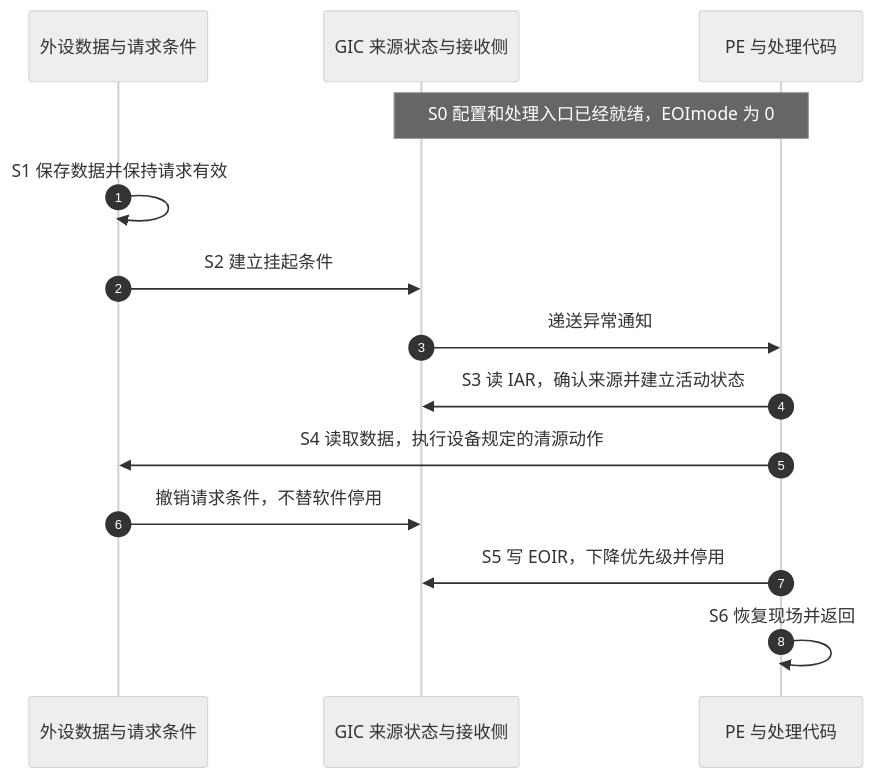
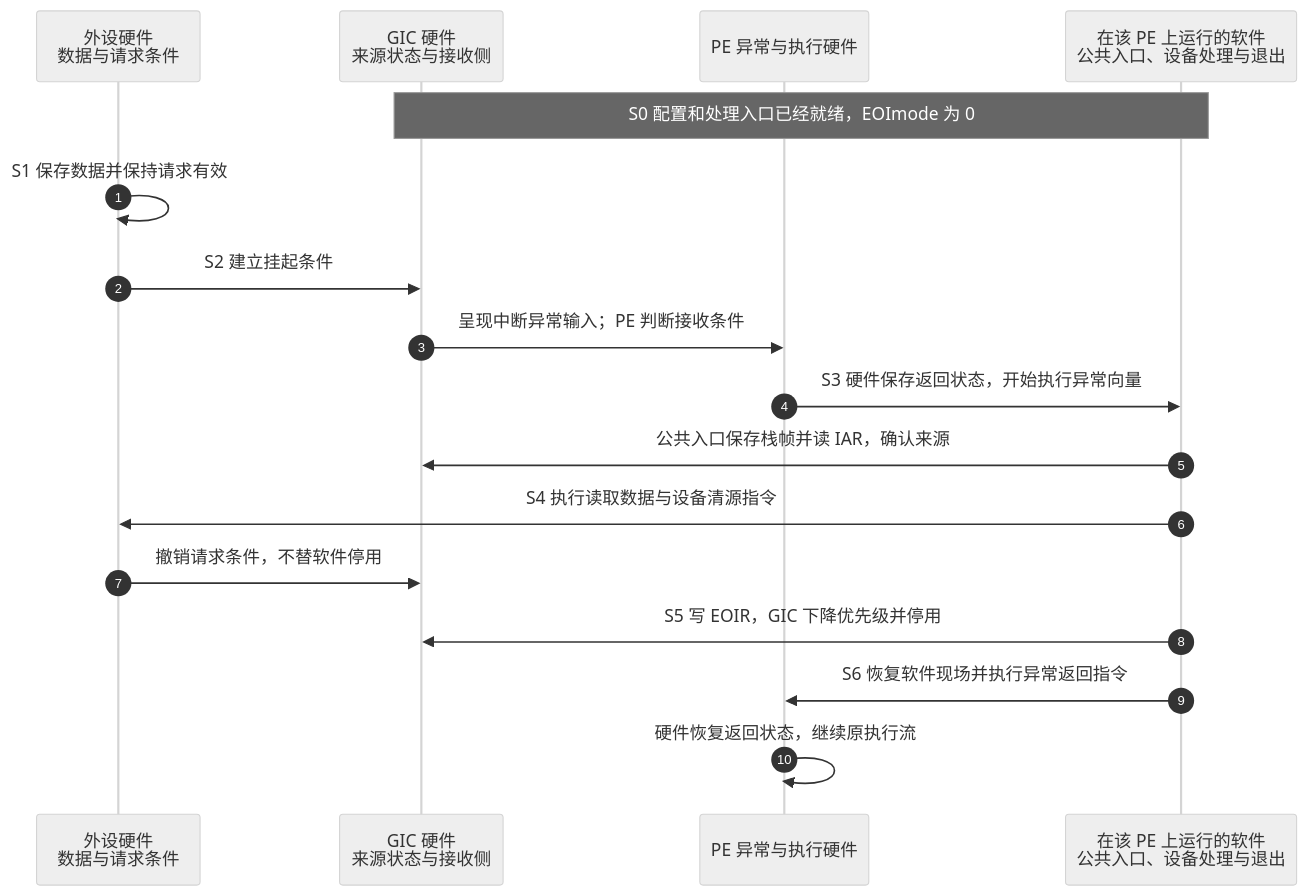
The first of 4 diagrams in platforms/arm/architecture/gic/P04_一次中断的状态转换与完成协议.md (FormingSystem/linux_note), drawn with Mermaid (neutral theme) before and after one commit. The commit also changed other lines of this file and 36 other files, not shown here.

````diff
--- a/platforms/arm/architecture/gic/P04_一次中断的状态转换与完成协议.md
+++ b/platforms/arm/architecture/gic/P04_一次中断的状态转换与完成协议.md
@@ -102,16 +121,19 @@
 ```mermaid
 sequenceDiagram
     autonumber
-    participant device as 外设数据与请求条件
-    participant gic as GIC 来源状态与接收侧
-    participant pe as PE 与处理代码
-    Note over gic,pe: S0 配置和处理入口已经就绪，EOImode 为 0
+    participant device as 外设硬件<br/>数据与请求条件
+    participant gic as GIC 硬件<br/>来源状态与接收侧
+    participant pe as PE 异常与执行硬件
+    participant handler as 在该 PE 上运行的软件<br/>公共入口、设备处理与退出
+    Note over gic,handler: S0 配置和处理入口已经就绪，EOImode 为 0
     device->>device: S1 保存数据并保持请求有效
     device->>gic: S2 建立挂起条件
-    gic->>pe: 递送异常通知
-    pe->>gic: S3 读 IAR，确认来源并建立活动状态
-    pe->>device: S4 读取数据，执行设备规定的清源动作
+    gic->>pe: 呈现中断异常输入；PE 判断接收条件
+    pe->>handler: S3 硬件保存返回状态，开始执行异常向量
+    handler->>gic: 公共入口保存栈帧并读 IAR，确认来源
+    handler->>device: S4 执行读取数据与设备清源指令
     device->>gic: 撤销请求条件，不替软件停用
-    pe->>gic: S5 写 EOIR，下降优先级并停用
-    pe->>pe: S6 恢复现场并返回
+    handler->>gic: S5 写 EOIR，GIC 下降优先级并停用
+    handler->>pe: S6 恢复软件现场并执行异常返回指令
+    pe->>pe: 硬件恢复返回状态，继续原执行流
 ```
````
